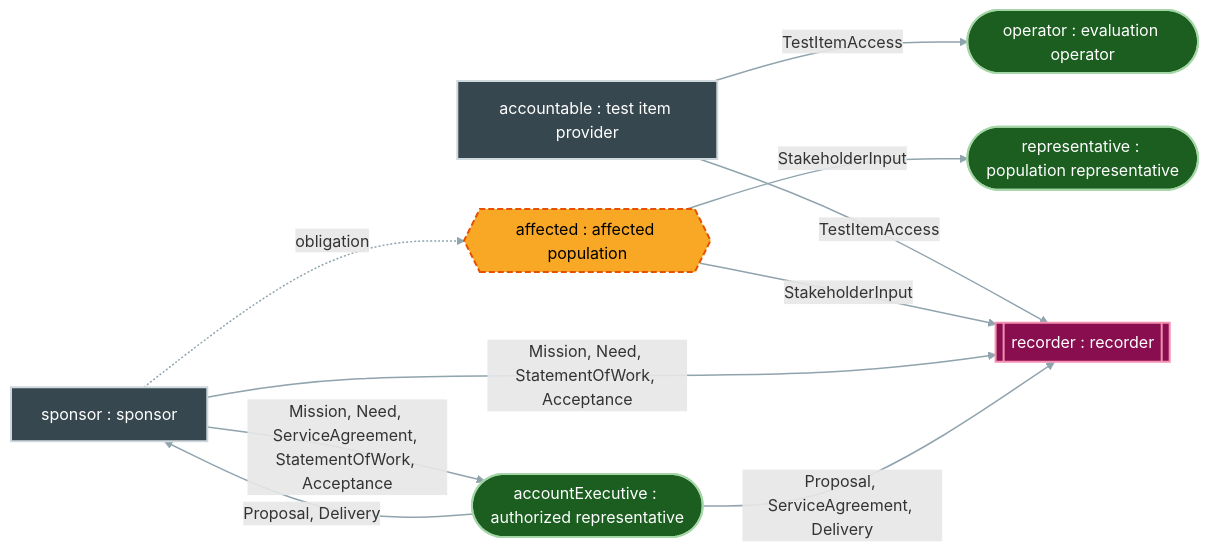
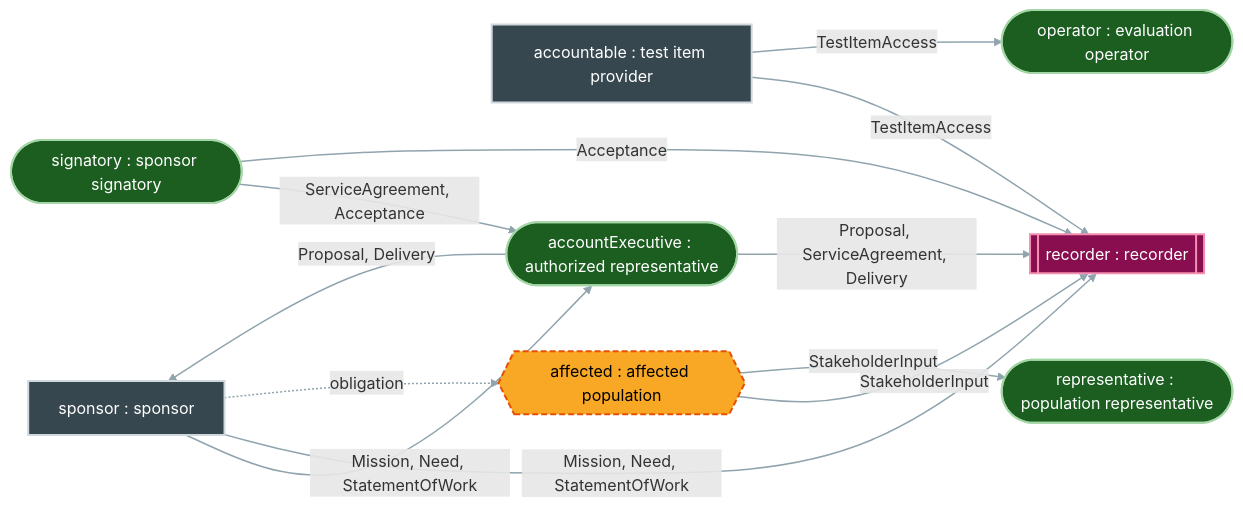
Before and after one commit to DynamicalSystemsGroup/og-caie-spec: the diagram in generated/wiring-contracting.md, drawn with Mermaid. The commit also changed 33 other files, not shown here.

````diff
--- a/generated/wiring-contracting.md
+++ b/generated/wiring-contracting.md
@@ -1,28 +1,31 @@
 ```{mermaid}
 flowchart LR
   accountable["accountable : test item provider"]
   affected{{"affected : affected population"}}
   sponsor["sponsor : sponsor"]
+  sponsor_signatory(["signatory : sponsor signatory"])
   testingOrg_accountExecutive(["accountExecutive : authorized representative"])
   testingOrg_recorder[["recorder : recorder"]]
   testingOrg_team_operator(["operator : evaluation operator"])
   testingOrg_team_representative(["representative : population representative"])
   accountable -- "TestItemAccess" --> testingOrg_recorder
   accountable -- "TestItemAccess" --> testingOrg_team_operator
   affected -- "StakeholderInput" --> testingOrg_recorder
   affected -- "StakeholderInput" --> testingOrg_team_representative
-  sponsor -- "Mission, Need, ServiceAgreement, StatementOfWork, Acceptance" --> testingOrg_accountExecutive
-  sponsor -- "Mission, Need, StatementOfWork, Acceptance" --> testingOrg_recorder
+  sponsor -- "Mission, Need, StatementOfWork" --> testingOrg_accountExecutive
+  sponsor -- "Mission, Need, StatementOfWork" --> testingOrg_recorder
+  sponsor_signatory -- "ServiceAgreement, Acceptance" --> testingOrg_accountExecutive
+  sponsor_signatory -- "Acceptance" --> testingOrg_recorder
   testingOrg_accountExecutive -- "Proposal, Delivery" --> sponsor
   testingOrg_accountExecutive -- "Proposal, ServiceAgreement, Delivery" --> testingOrg_recorder
   sponsor -. "obligation" .-> affected
   classDef person fill:#1b5e20,stroke:#a5d6a7,stroke-width:2px,color:#ffffff;
   classDef machine fill:#880e4f,stroke:#f48fb1,stroke-width:2px,color:#ffffff;
   classDef party fill:#f9a825,stroke:#e65100,stroke-width:2px,stroke-dasharray: 6 3,color:#000000;
   classDef organization fill:#37474f,stroke:#cfd8dc,stroke-width:2px,color:#ffffff;
   linkStyle default stroke:#90a4ae,stroke-width:1.5px;
-  class testingOrg_accountExecutive,testingOrg_team_operator,testingOrg_team_representative person;
+  class sponsor_signatory,testingOrg_accountExecutive,testingOrg_team_operator,testingOrg_team_representative person;
   class testingOrg_recorder machine;
   class affected party;
   class accountable,sponsor organization;
 ```
````
